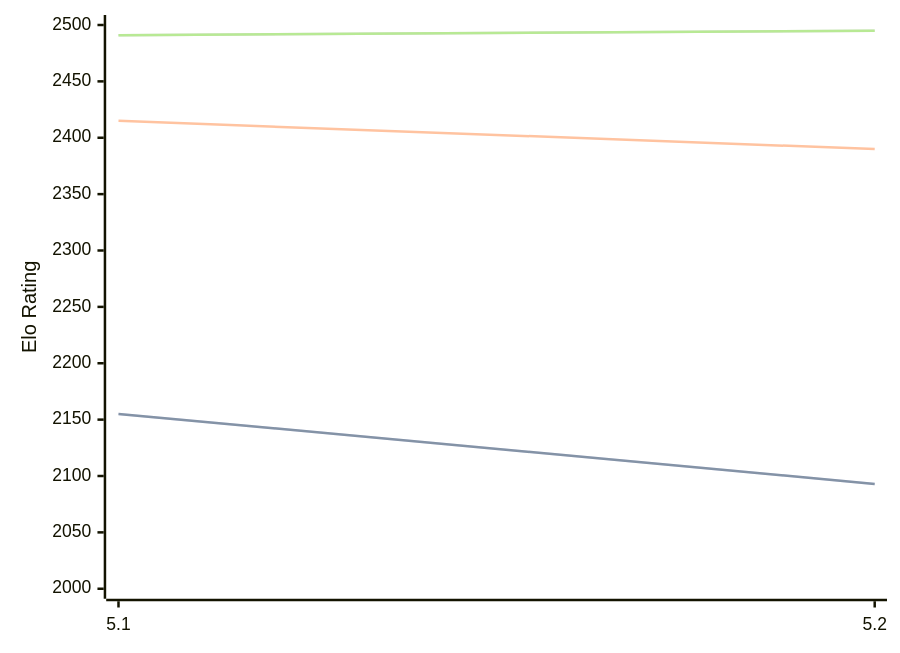
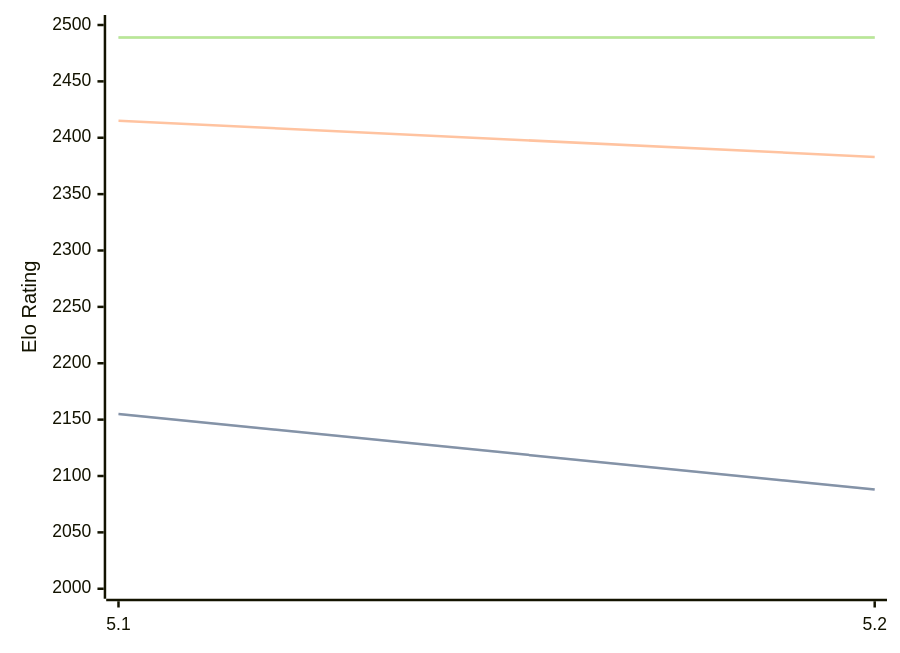
One commit to computer-chess-index/cci changed the first of 3 diagrams in engines/Prophet.md. Above: the diagram before and after it, drawn with Mermaid. The commit also changed other lines of this file, not shown here.

Commit message:
Update CCI Ratings (ELO VLTC) - 2026-06-19

````diff
--- a/engines/Prophet.md
+++ b/engines/Prophet.md
@@ -38,11 +38,11 @@
 ```mermaid
 %%{init: {"theme":"base","themeVariables":{"seriesColors:['#a3a3a3','#222221','#faa371']}}}%%
 xychart-beta
   x-axis ["5.1", "5.2"]
   y-axis "Elo Rating" 2000 --> 2500
-  line "STC (8.0+0.08s)" [2155, 2093]
-  line "STC (8.0+0.08s)" [2155, 2093]
-  line "LTC (60.0+0.60s)" [2415, 2390]
-  line "VLTC (2m24s+1.12s)" [2491, 2495]
-  line "VLTC (2m24s+1.12s)" [2491, 2495]
+  line "STC (8.0+0.08s)" [2155, 2088]
+  line "STC (8.0+0.08s)" [2155, 2088]
+  line "LTC (60.0+0.60s)" [2415, 2383]
+  line "VLTC (2m24s+1.12s)" [2489, 2489]
+  line "VLTC (2m24s+1.12s)" [2489, 2489]
 ```
````
